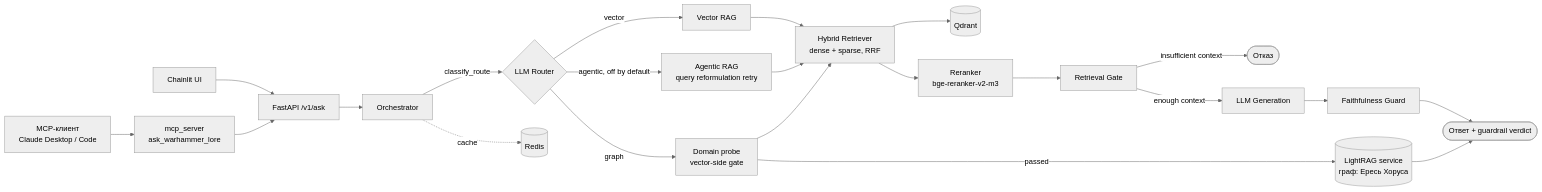
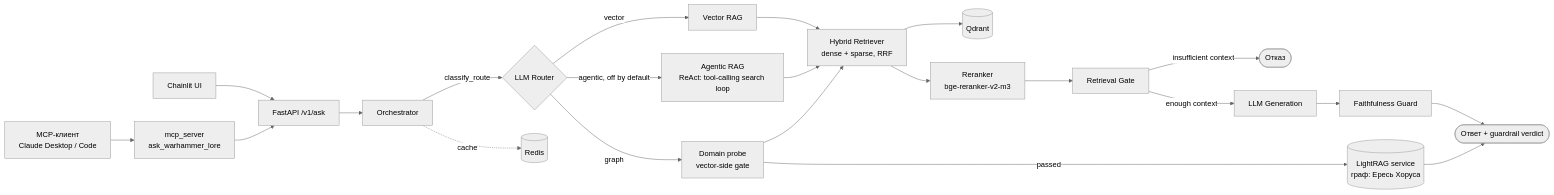
The first of 2 diagrams in README.md (KocheshkovAA/RAG), drawn with Mermaid (neutral theme) before and after one commit. The commit also changed other lines of this file and 1 other file, not shown here.

````diff
--- a/README.md
+++ b/README.md
@@ -40,42 +40,42 @@
 ```mermaid
 flowchart LR
     UI["Chainlit UI"]
     MCPC["MCP-клиент<br/>Claude Desktop / Code"]
     MCP["mcp_server<br/>ask_warhammer_lore"]
     API["FastAPI /v1/ask"]
     ORCH["Orchestrator"]
     ROUTER{"LLM Router"}
     VEC["Vector RAG"]
     PROBE["Domain probe<br/>vector-side gate"]
-    AGENT["Agentic RAG<br/>query reformulation retry"]
+    AGENT["Agentic RAG<br/>ReAct: tool-calling search loop"]
     RET["Hybrid Retriever<br/>dense + sparse, RRF"]
     QDRANT[("Qdrant")]
     RERANK["Reranker<br/>bge-reranker-v2-m3"]
     GATE["Retrieval Gate"]
     REFUSE(["Отказ"])
     GEN["LLM Generation"]
     FAITH["Faithfulness Guard"]
     ANSWER(["Ответ + guardrail verdict"])
     LIGHTRAG[("LightRAG service<br/>граф: Ересь Хоруса")]
     REDIS[("Redis")]
 
     UI --> API
     MCPC --> MCP --> API
     API --> ORCH
     ORCH -->|"classify_route"| ROUTER
 
     ROUTER -->|"vector"| VEC
     ROUTER -->|"graph"| PROBE
     ROUTER -->|"agentic, off by default"| AGENT
 
     VEC --> RET
     AGENT --> RET
     PROBE --> RET
     RET --> QDRANT
     RET --> RERANK --> GATE
     GATE -->|"insufficient context"| REFUSE
     GATE -->|"enough context"| GEN --> FAITH --> ANSWER
 
     PROBE -->|"passed"| LIGHTRAG --> ANSWER
     ORCH -.->|"cache"| REDIS
 ```
````
